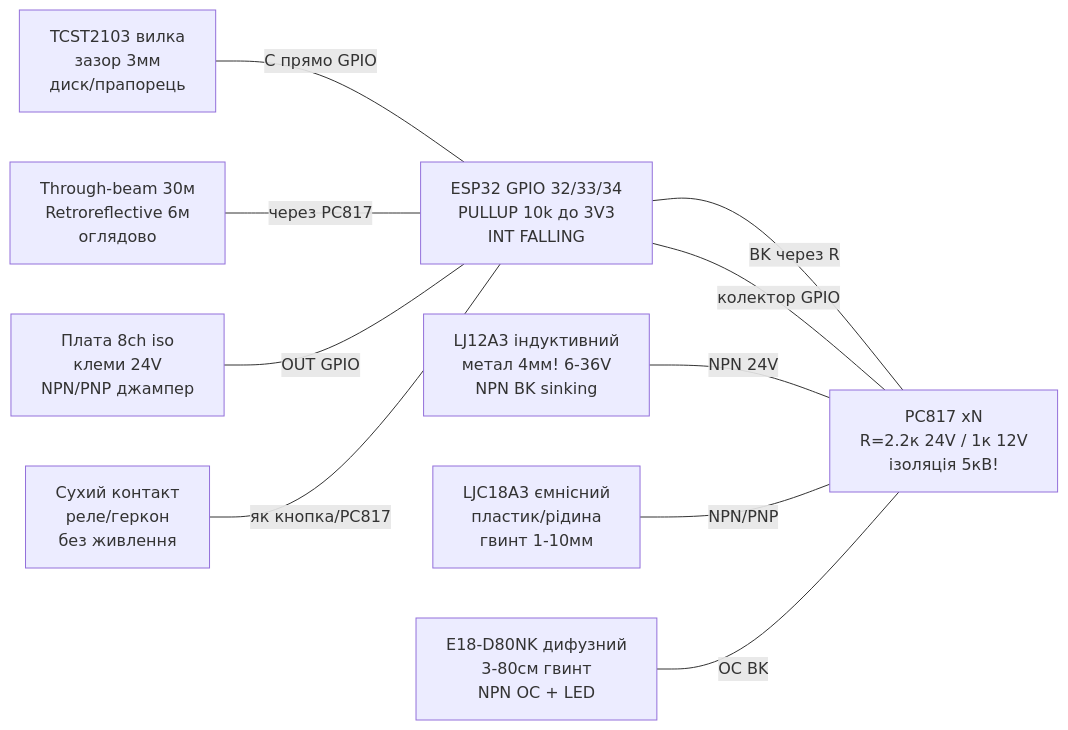
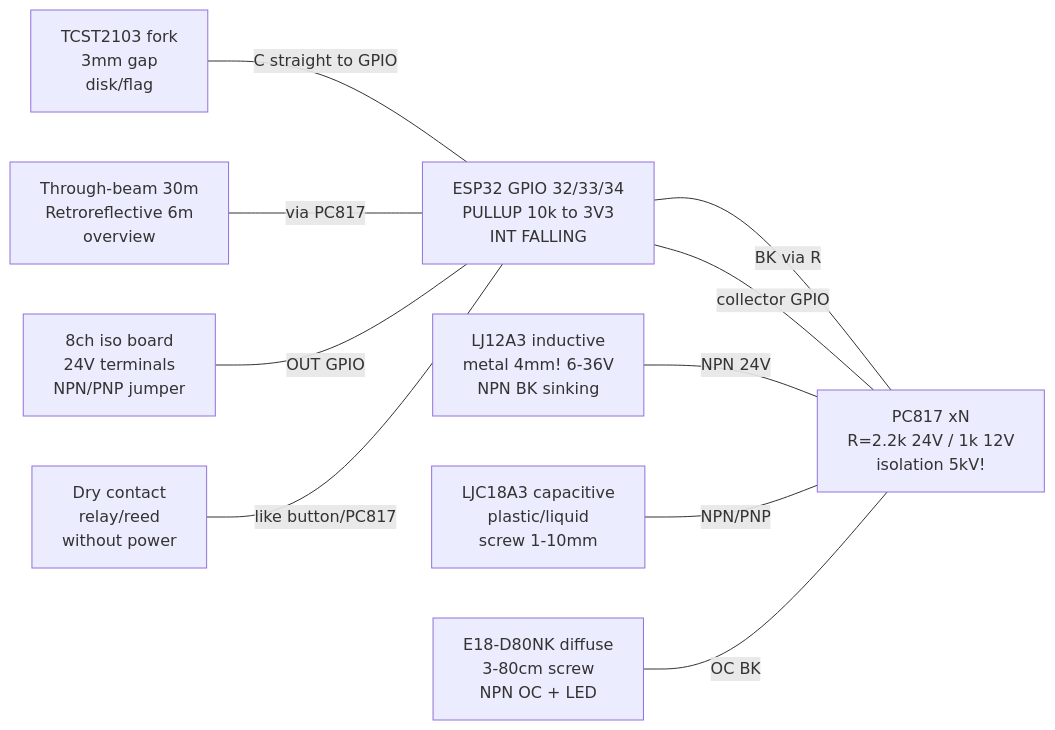
One commit to ksalab/embedded-reference changed the diagram in obsidian_vault/ESP32-Reference/EN/12-Comm-Modules/14-Proximity-Inputs.en.md. Above: the diagram before and after it, drawn with Mermaid. The commit also changed other lines of this file and 76 other files, not shown here.

````diff
--- a/obsidian_vault/ESP32-Reference/EN/12-Comm-Modules/14-Proximity-Inputs.en.md
+++ b/obsidian_vault/ESP32-Reference/EN/12-Comm-Modules/14-Proximity-Inputs.en.md
@@ -262,21 +262,21 @@
 ```mermaid
 graph LR
-    ESP32["ESP32 GPIO 32/33/34<br/>PULLUP 10k до 3V3<br/>INT FALLING"]
-    LJ["LJ12A3 індуктивний<br/>метал 4мм! 6-36V<br/>NPN BK sinking"]
-    LJC["LJC18A3 ємнісний<br/>пластик/рідина<br/>гвинт 1-10мм"]
-    E18["E18-D80NK дифузний<br/>3-80см гвинт<br/>NPN OC + LED"]
-    SLOT["TCST2103 вилка<br/>зазор 3мм<br/>диск/прапорець"]
-    TB["Through-beam 30м<br/>Retroreflective 6м<br/>оглядово"]
-    PC["PC817 xN<br/>R=2.2к 24V / 1к 12V<br/>ізоляція 5кВ!"]
-    ISO8["Плата 8ch iso<br/>клеми 24V<br/>NPN/PNP джампер"]
-    DRY["Сухий контакт<br/>реле/геркон<br/>без живлення"]
-    ESP32 ---|"BK через R"| PC
+    ESP32["ESP32 GPIO 32/33/34<br/>PULLUP 10k to 3V3<br/>INT FALLING"]
+    LJ["LJ12A3 inductive<br/>metal 4mm! 6-36V<br/>NPN BK sinking"]
+    LJC["LJC18A3 capacitive<br/>plastic/liquid<br/>screw 1-10mm"]
+    E18["E18-D80NK diffuse<br/>3-80cm screw<br/>NPN OC + LED"]
+    SLOT["TCST2103 fork<br/>3mm gap<br/>disk/flag"]
+    TB["Through-beam 30m<br/>Retroreflective 6m<br/>overview"]
+    PC["PC817 xN<br/>R=2.2k 24V / 1k 12V<br/>isolation 5kV!"]
+    ISO8["8ch iso board<br/>24V terminals<br/>NPN/PNP jumper"]
+    DRY["Dry contact<br/>relay/reed<br/>without power"]
+    ESP32 ---|"BK via R"| PC
     LJ ---|"NPN 24V"| PC
     LJC ---|"NPN/PNP"| PC
     E18 ---|"OC BK"| PC
-    PC ---|"колектор GPIO"| ESP32
-    SLOT ---|"C прямо GPIO"| ESP32
-    TB ---|"через PC817"| ESP32
+    PC ---|"collector GPIO"| ESP32
+    SLOT ---|"C straight to GPIO"| ESP32
+    TB ---|"via PC817"| ESP32
     ISO8 ---|"OUT GPIO"| ESP32
-    DRY ---|"як кнопка/PC817"| ESP32
+    DRY ---|"like button/PC817"| ESP32
 ```
````
